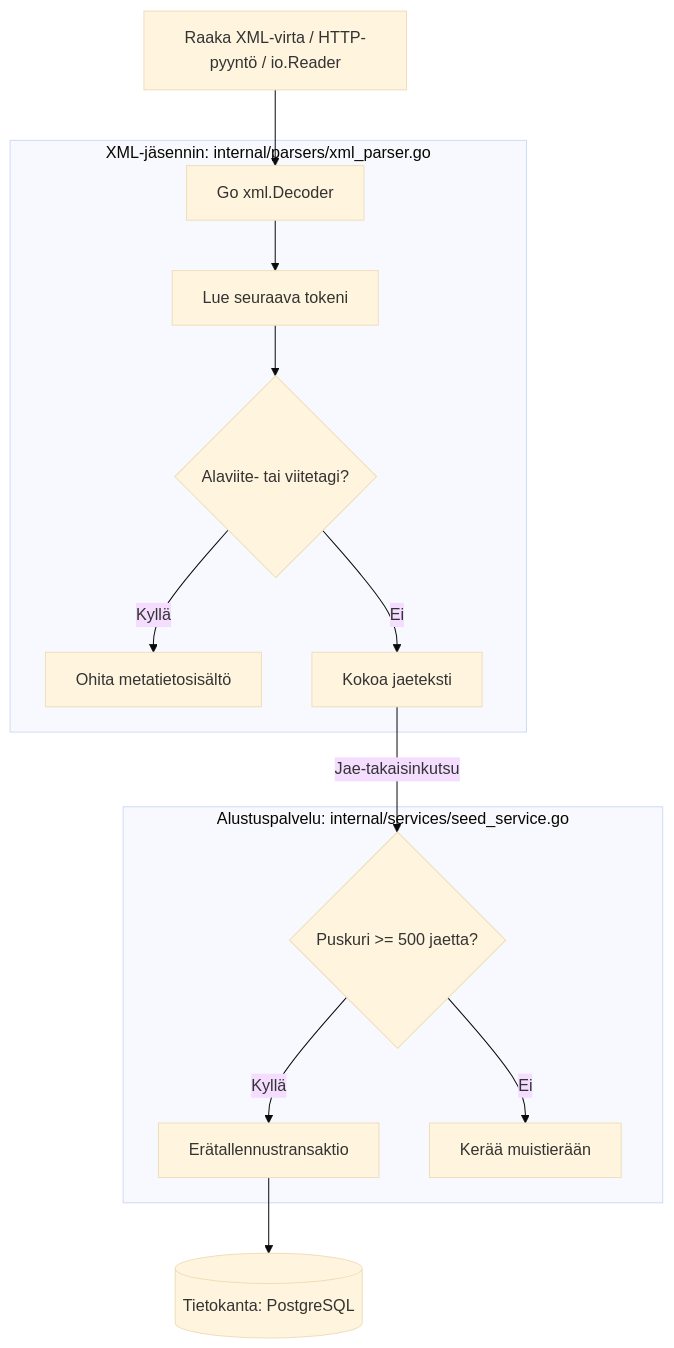
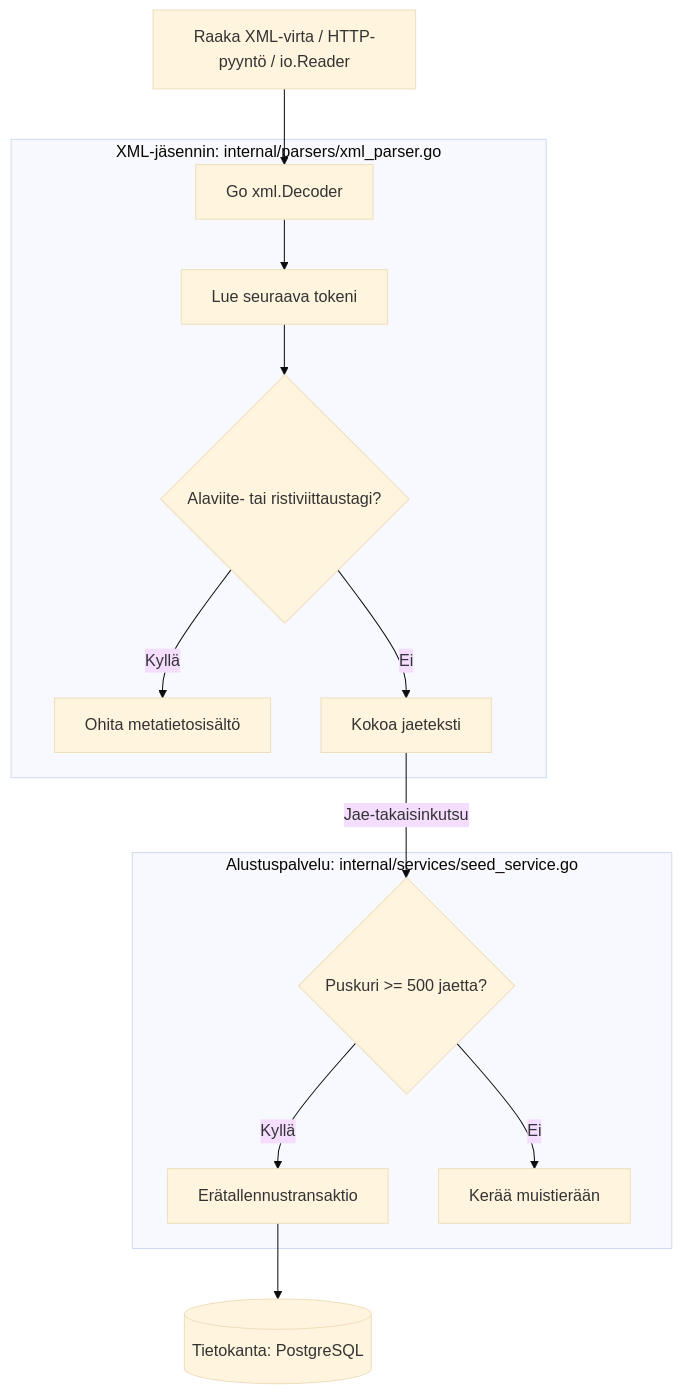
One commit to mvirtai/clible-v3-go changed the second of 2 diagrams in docs/fi/guide/import-and-seeding.md. Above: the diagram before and after it, drawn with Mermaid (base theme). The commit also changed other lines of this file and 21 other files, not shown here.

````diff
--- a/docs/fi/guide/import-and-seeding.md
+++ b/docs/fi/guide/import-and-seeding.md
@@ -48,19 +48,19 @@
 ```mermaid
 graph TD
     Stream["Raaka XML-virta / HTTP-pyyntö / io.Reader"] --> Dec["Go xml.Decoder"]
     
     subgraph XML_Parser ["XML-jäsennin: internal/parsers/xml_parser.go"]
         Dec --> Token["Lue seuraava tokeni"]
-        Token --> Filter{"Alaviite- tai viitetagi?"}
+        Token --> Filter{"Alaviite- tai ristiviittaustagi?"}
         Filter -- Kyllä --> Skip["Ohita metatietosisältö"]
         Filter -- Ei --> Process["Kokoa jaeteksti"]
     end
 
     subgraph Seed_Service ["Alustuspalvelu: internal/services/seed_service.go"]
         Process -->|"Jae-takaisinkutsu"| Buffer{"Puskuri >= 500 jaetta?"}
         Buffer -- Kyllä --> Bulk["Erätallennustransaktio"]
         Buffer -- Ei --> Accumulate["Kerää muistierään"]
     end
 
     Bulk --> DB[("Tietokanta: PostgreSQL")]
 ```
````
